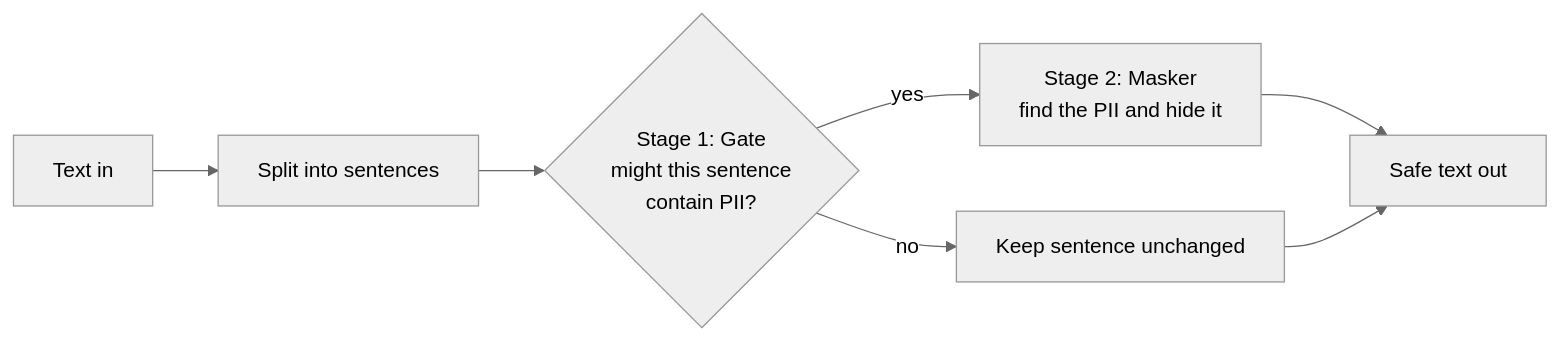
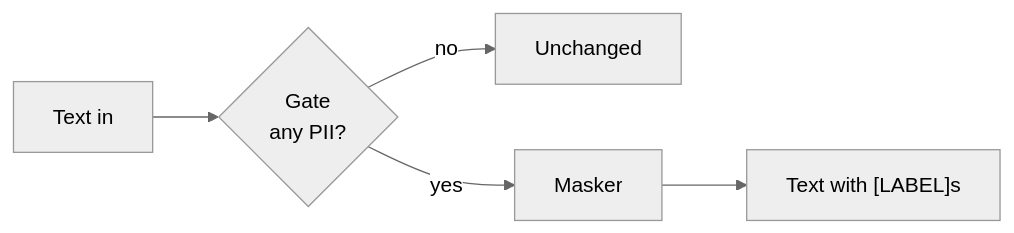
Before and after one commit to atique-ahmad-01/pii-guardrail-qml: the first of 2 diagrams in README.md, drawn with Mermaid (neutral theme). The commit also changed other lines of this file and 18 other files, not shown here.

````diff
--- a/README.md
+++ b/README.md
@@ -33,9 +35,7 @@
 ```mermaid
 flowchart LR
-    A[Text in] --> B[Split into sentences]
-    B --> C{"Stage 1: Gate<br/>might this sentence<br/>contain PII?"}
-    C -- no --> E[Keep sentence unchanged]
-    C -- yes --> D["Stage 2: Masker<br/>find the PII and hide it"]
-    D --> F[Safe text out]
-    E --> F
+    A["Text in"] --> G{"Gate<br/>any PII?"}
+    G -- "no" --> O["Unchanged"]
+    G -- "yes" --> M["Masker"]
+    M --> S["Text with [LABEL]s"]
 ```
````
